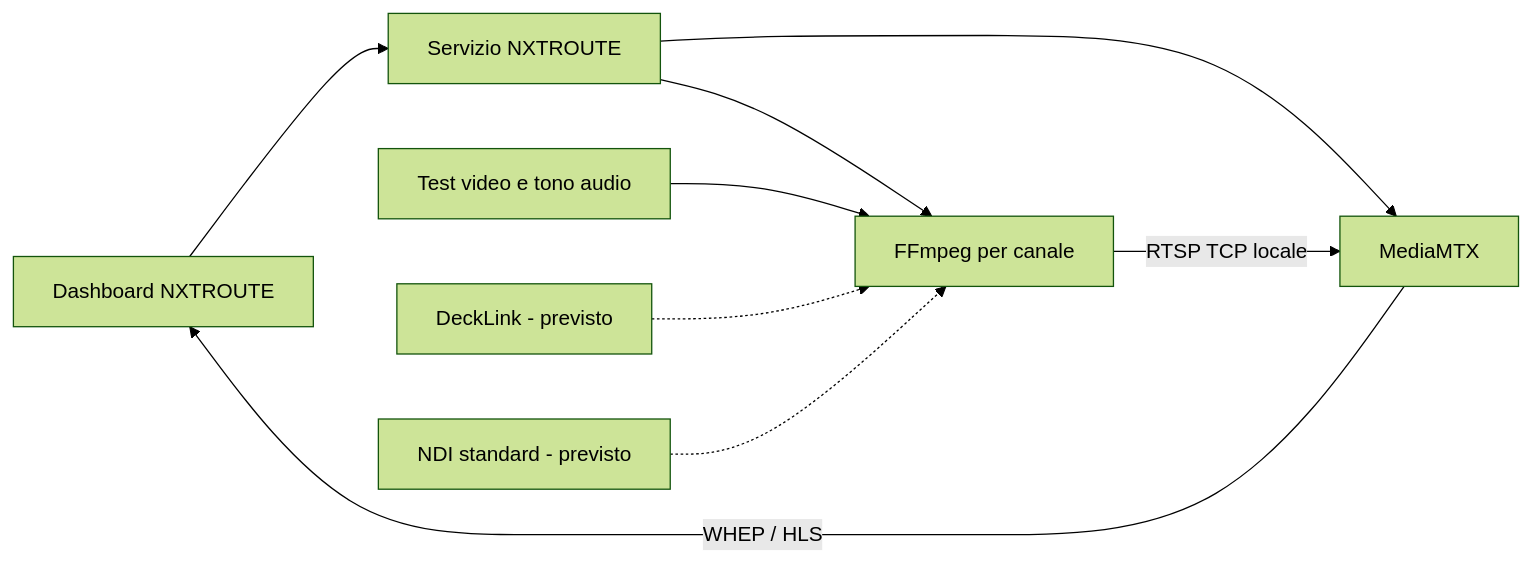
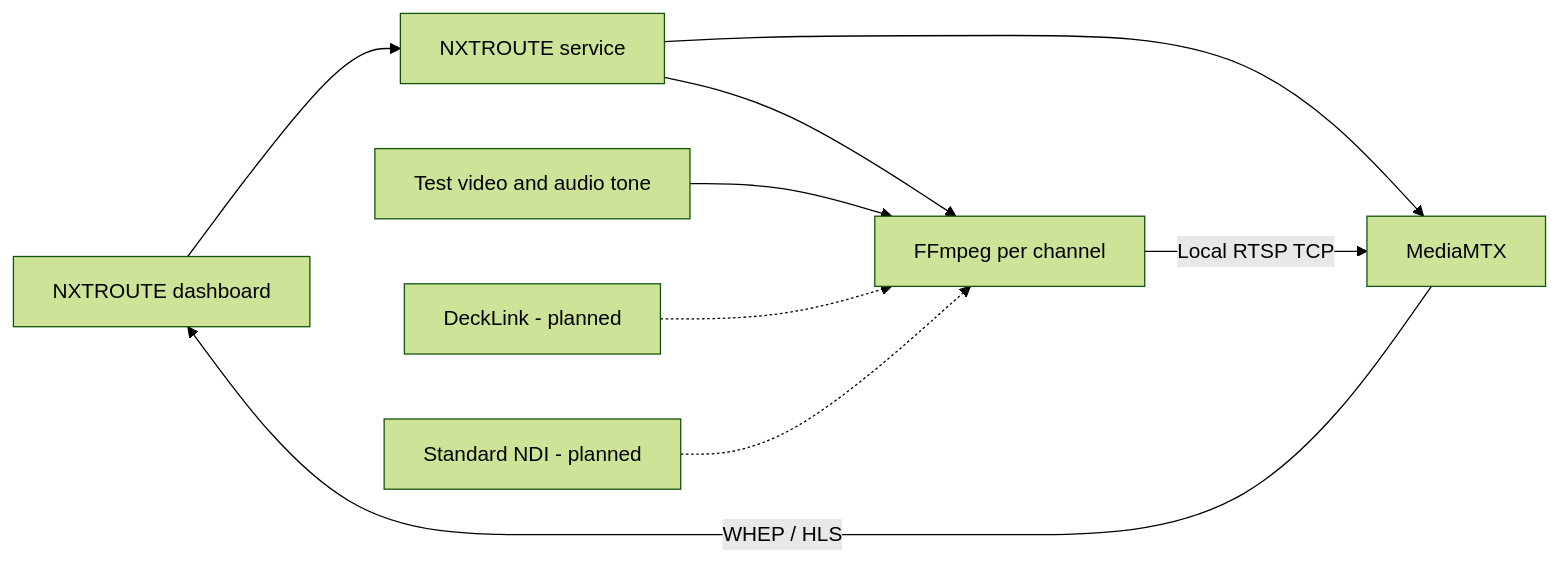
One commit to simonemessina92/nxtroute changed the diagram in docs/ARCHITECTURE.md. Above: the diagram before and after it, drawn with Mermaid (forest theme). The commit also changed other lines of this file and 10 other files, not shown here.

````diff
--- a/docs/ARCHITECTURE.md
+++ b/docs/ARCHITECTURE.md
@@ -13,11 +13,11 @@
 ```mermaid
 flowchart LR
-  Browser[Dashboard NXTROUTE] --> Gateway[Servizio NXTROUTE]
+  Browser[NXTROUTE dashboard] --> Gateway[NXTROUTE service]
   Gateway --> Router[MediaMTX]
-  Gateway --> Encoder[FFmpeg per canale]
-  Test[Test video e tono audio] --> Encoder
-  Encoder -->|RTSP TCP locale| Router
+  Gateway --> Encoder[FFmpeg per channel]
+  Test[Test video and audio tone] --> Encoder
+  Encoder -->|Local RTSP TCP| Router
   Router -->|WHEP / HLS| Browser
-  DeckLink[DeckLink - previsto] -.-> Encoder
-  NDI[NDI standard - previsto] -.-> Encoder
+  DeckLink[DeckLink - planned] -.-> Encoder
+  NDI[Standard NDI - planned] -.-> Encoder
 ```
````
